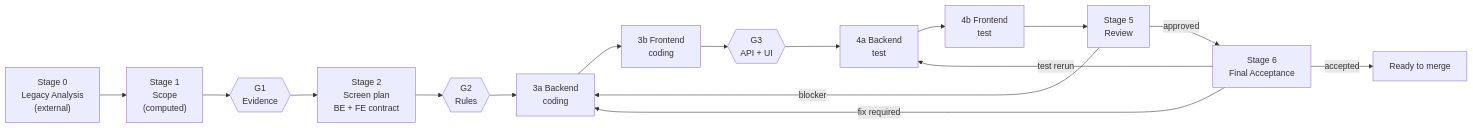
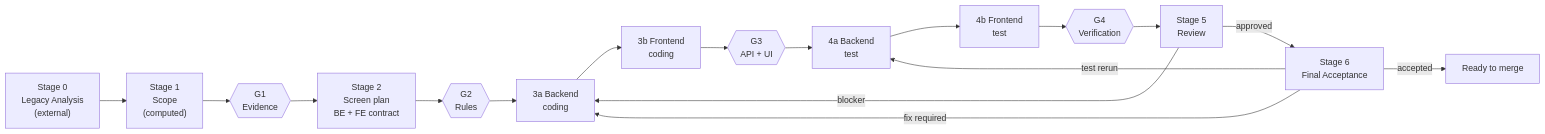
The diagram in plugins/ak/modernize/docs/MASTER_WORKFLOW.md (tuanvtanrakutei/access-modernization-kit), drawn with Mermaid before and after one commit. The commit also changed other lines of this file and 7 other files, not shown here.

````diff
--- a/plugins/ak/modernize/docs/MASTER_WORKFLOW.md
+++ b/plugins/ak/modernize/docs/MASTER_WORKFLOW.md
@@ -39,18 +39,19 @@
 ```mermaid
 flowchart LR
     S0["Stage 0<br/>Legacy Analysis<br/>(external)"] --> S1["Stage 1<br/>Scope<br/>(computed)"]
     S1 --> G1{{"G1<br/>Evidence"}}
     G1 --> S2["Stage 2<br/>Screen plan<br/>BE + FE contract"]
     S2 --> G2{{"G2<br/>Rules"}}
     G2 --> S3a["3a Backend<br/>coding"]
     S3a --> S3b["3b Frontend<br/>coding"]
     S3b --> G3{{"G3<br/>API + UI"}}
     G3 --> S4a["4a Backend<br/>test"]
     S4a --> S4b["4b Frontend<br/>test"]
-    S4b --> S5["Stage 5<br/>Review"]
+    S4b --> G4{{"G4<br/>Verification"}}
+    G4 --> S5["Stage 5<br/>Review"]
     S5 -->|blocker| S3a
     S5 -->|approved| S6["Stage 6<br/>Final Acceptance"]
     S6 -->|fix required| S3a
     S6 -->|test rerun| S4a
     S6 -->|accepted| DONE["Ready to merge"]
 ```
````
